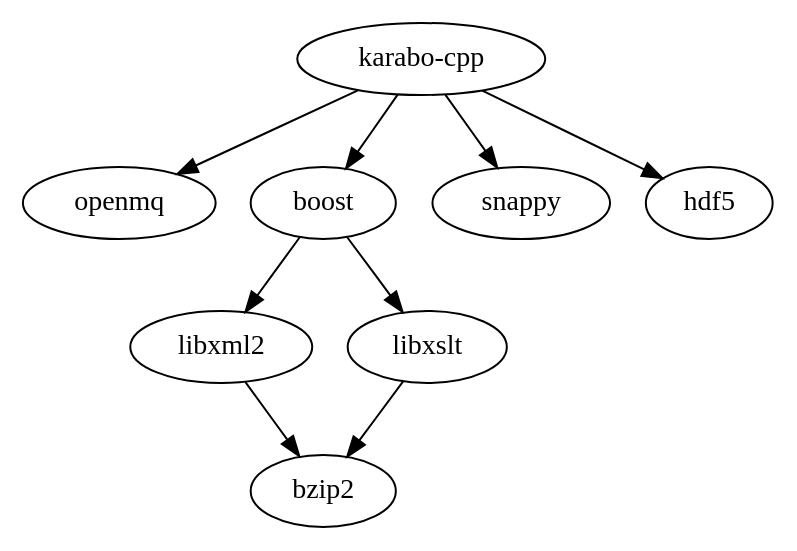
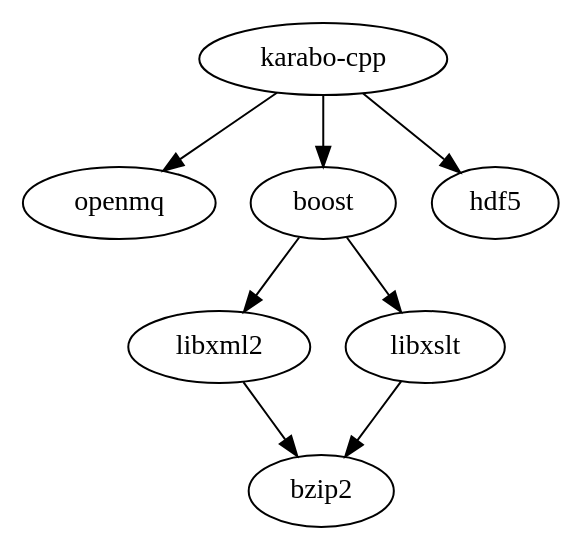
The second of 8 diagrams in doc/installation/dependency_management.rst (European-XFEL/Karabo), drawn with Graphviz before and after one commit. The commit also changed 5 other files, not shown here.

```diff
--- a/doc/installation/dependency_management.rst
+++ b/doc/installation/dependency_management.rst
@@ -392,10 +392,9 @@
 .. digraph:: karabocpp_dependencies
 
     "karabo-cpp" -> "openmq"
     "karabo-cpp" -> "boost"
-    "karabo-cpp" -> "snappy"
     "karabo-cpp" -> "hdf5"
     "boost" -> "libxml2"
     "boost" -> "libxslt"
     "libxml2" -> "bzip2"
     "libxslt" -> "bzip2"
```
